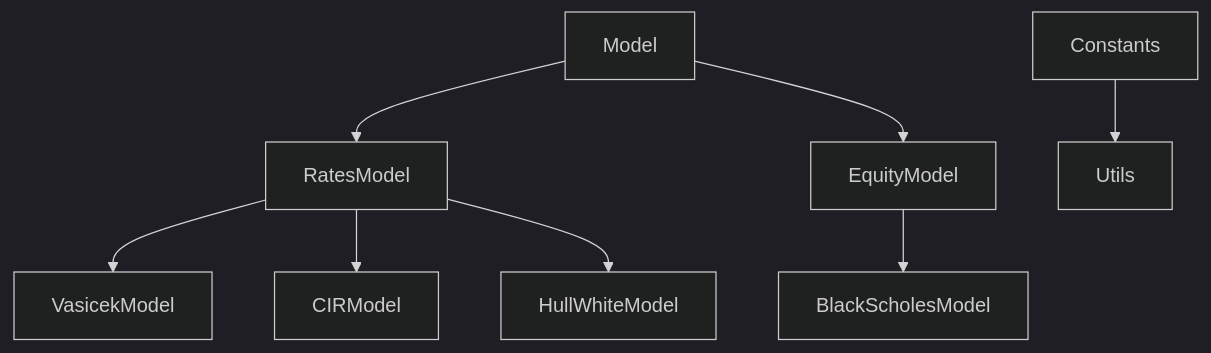
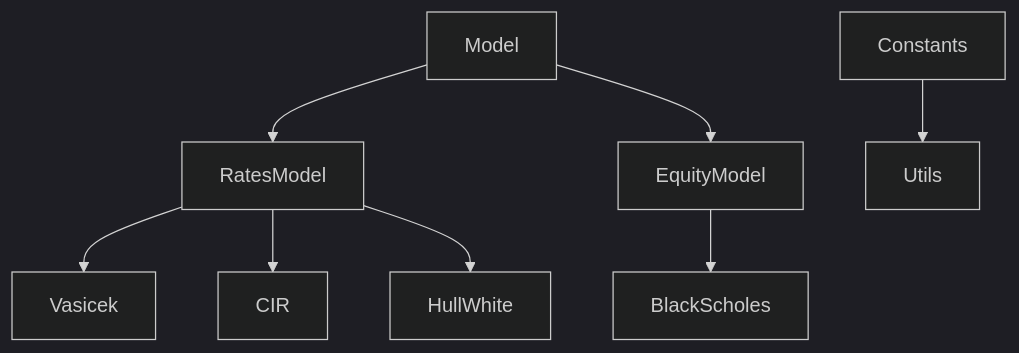
One commit to lcsrodriguez/CuttingEdge-Milliman changed the diagram in README.md. Above: the diagram before and after it, drawn with Mermaid (dark theme). The commit also changed 1 other file, not shown here.

Commit message:
Updating dependency tree by removing 'Model' suffix

````diff
--- a/README.md
+++ b/README.md
@@ -21,10 +21,10 @@
 ```mermaid
   graph TD;
       Model --> RatesModel
       Model --> EquityModel
-      RatesModel --> VasicekModel
-      RatesModel --> CIRModel
-      RatesModel --> HullWhiteModel
-      EquityModel --> BlackScholesModel
+      RatesModel --> Vasicek
+      RatesModel --> CIR
+      RatesModel --> HullWhite
+      EquityModel --> BlackScholes
       Constants --> Utils
 ```
````
